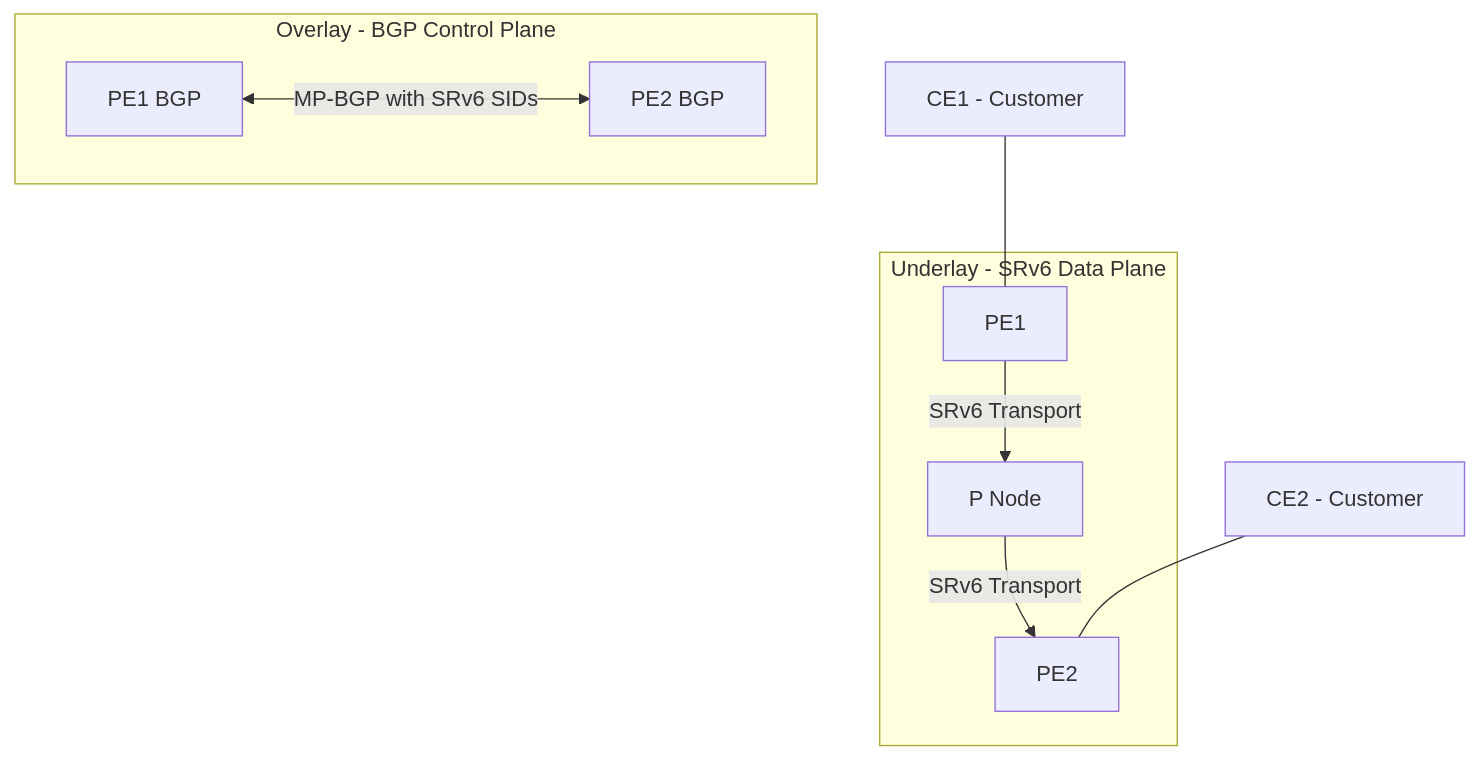
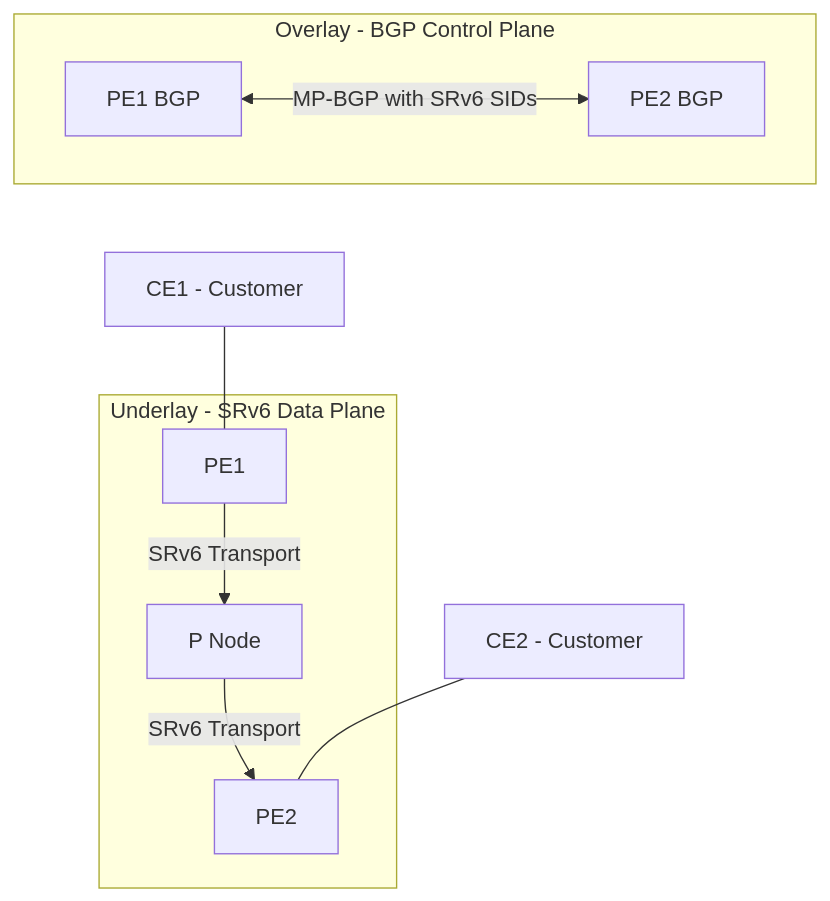
The diagram in docs/topics/bgp-overlay-services.md (eldaninavas/srv6.md), drawn with Mermaid before and after one commit. The commit also changed 10 other files, not shown here.

````diff
--- a/docs/topics/bgp-overlay-services.md
+++ b/docs/topics/bgp-overlay-services.md
@@ -19,14 +19,16 @@
 ```mermaid
 graph TB
-    subgraph Overlay - BGP Control Plane
+    subgraph overlay[Overlay - BGP Control Plane]
         BGP1[PE1 BGP] <-->|MP-BGP with SRv6 SIDs| BGP2[PE2 BGP]
     end
 
-    subgraph Underlay - SRv6 Data Plane
+    subgraph underlay[Underlay - SRv6 Data Plane]
         PE1[PE1] -->|SRv6 Transport| P1[P Node]
         P1 -->|SRv6 Transport| PE2[PE2]
     end
 
     CE1[CE1 - Customer] --- PE1
     CE2[CE2 - Customer] --- PE2
+    overlay ~~~ CE1
+    overlay ~~~ CE2
 ```
````
